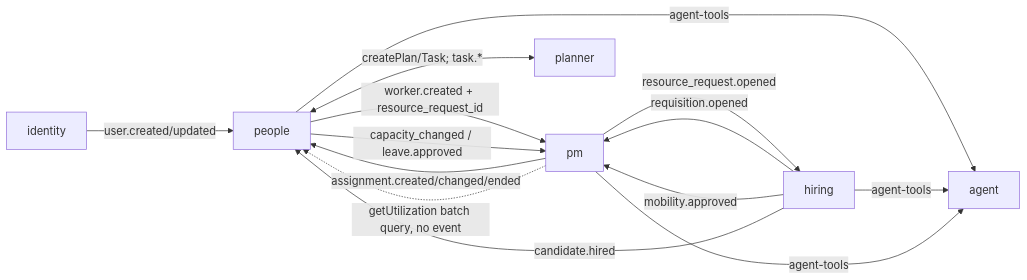
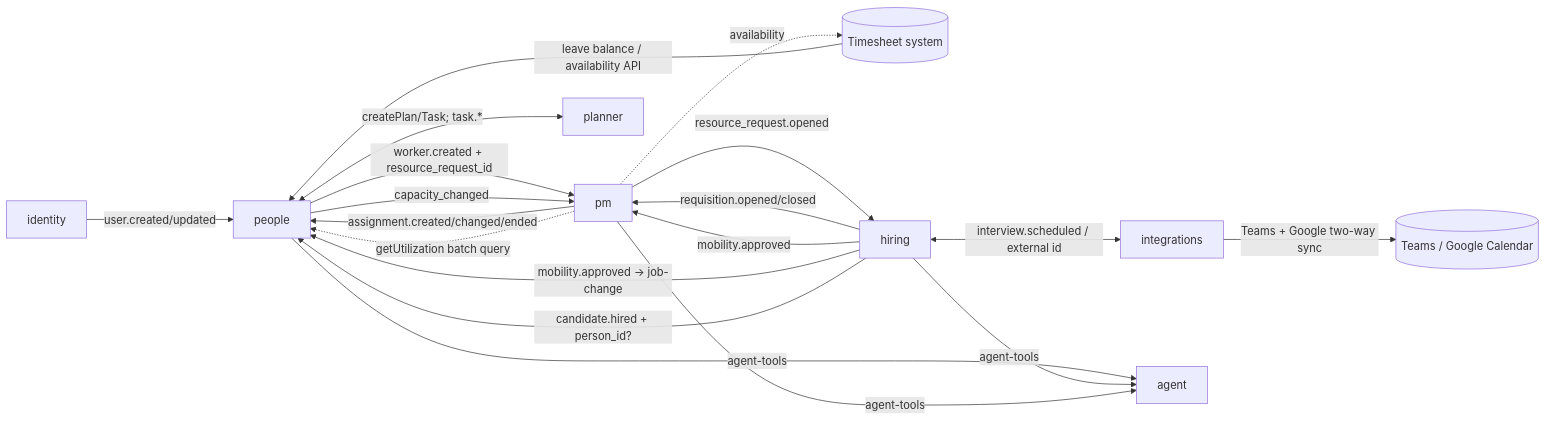
The fifth of 5 diagrams in docs/spike/db-design.md (Seta-International/agent-platform), drawn with Mermaid before and after one commit. The commit also changed other lines of this file, not shown here.

First line of the commit message:
docs(spike): update db-design to v3 + refresh mermaid ER diagrams

````diff
--- a/docs/spike/db-design.md
+++ b/docs/spike/db-design.md
@@ -390,14 +454,19 @@
 ```mermaid
 flowchart LR
   identity -->|user.created/updated| people
+  timesheet[(Timesheet system)] -->|leave balance / availability API| people
   pm -->|resource_request.opened| hiring
-  hiring -->|requisition.opened| pm
+  hiring -->|requisition.opened/closed| pm
   hiring -->|mobility.approved| pm
-  hiring -->|candidate.hired| people
+  hiring -->|mobility.approved -> job-change| people
+  hiring -->|candidate.hired + person_id?| people
   people -->|worker.created + resource_request_id| pm
-  people -->|capacity_changed / leave.approved| pm
+  people -->|capacity_changed| pm
   pm -->|assignment.created/changed/ended| people
-  pm -.->|getUtilization batch query, no event| people
+  pm -.->|getUtilization batch query| people
+  pm -.->|availability| timesheet
   people <-->|createPlan/Task; task.*| planner
+  hiring <-->|interview.scheduled / external id| integrations
+  integrations -->|Teams + Google two-way sync| cal[(Teams / Google Calendar)]
   people & hiring & pm -->|agent-tools| agent
 ```
````
